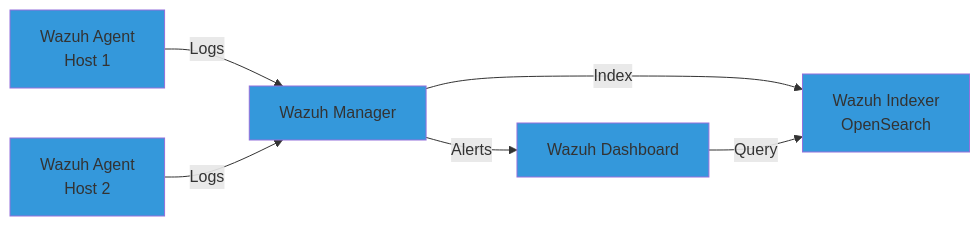
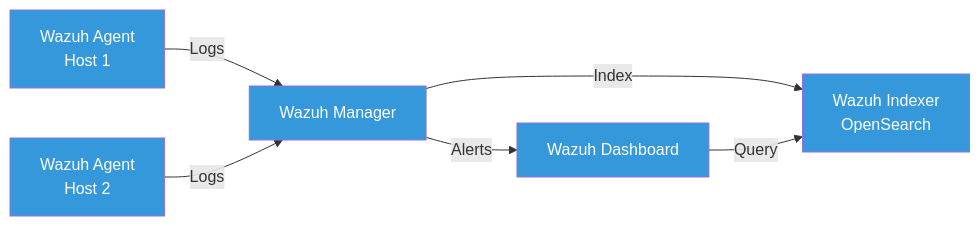
The first of 3 diagrams in src/posts/2025-11-05-siem-homelab-wazuh-graylog-comparison.md (williamzujkowski/williamzujkowski.github.io), drawn with Mermaid before and after one commit. The commit also changed other lines of this file and 40 other files, not shown here.

First line of the commit message:
fix(blog): add explicit text color to all mermaid classDef/style (#171)

````diff
--- a/src/posts/2025-11-05-siem-homelab-wazuh-graylog-comparison.md
+++ b/src/posts/2025-11-05-siem-homelab-wazuh-graylog-comparison.md
@@ -39,11 +39,11 @@
 ```mermaid
 flowchart LR
     Agent1[Wazuh Agent\nHost 1] -->|Logs| Manager[Wazuh Manager]
     Agent2[Wazuh Agent\nHost 2] -->|Logs| Manager
     Manager -->|Index| Indexer[Wazuh Indexer\nOpenSearch]
     Manager -->|Alerts| Dashboard[Wazuh Dashboard]
     Dashboard -->|Query| Indexer
 
-    classDef wazuh fill:#3498db
+    classDef wazuh fill:#3498db,color:#fff
     class Agent1,Agent2,Manager,Indexer,Dashboard wazuh
 ```
````
